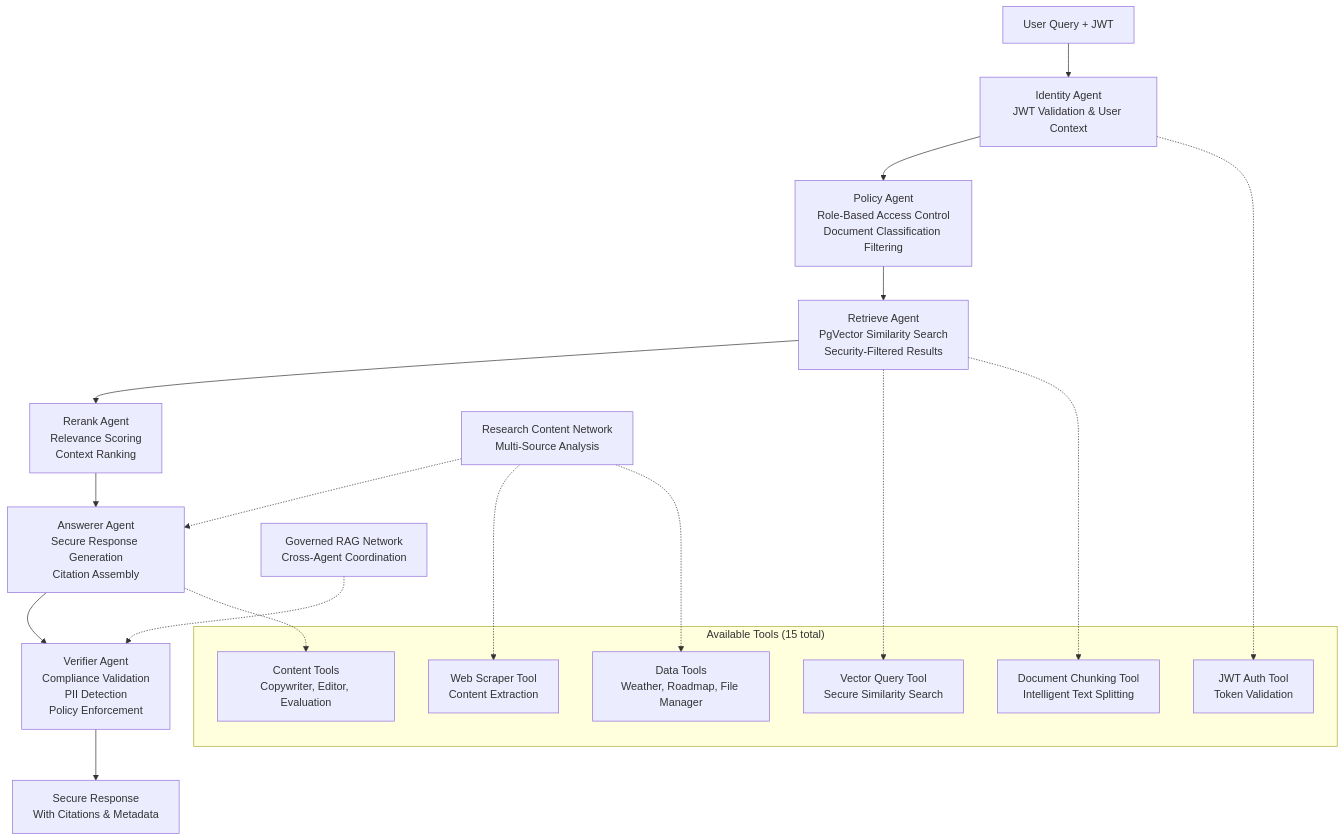
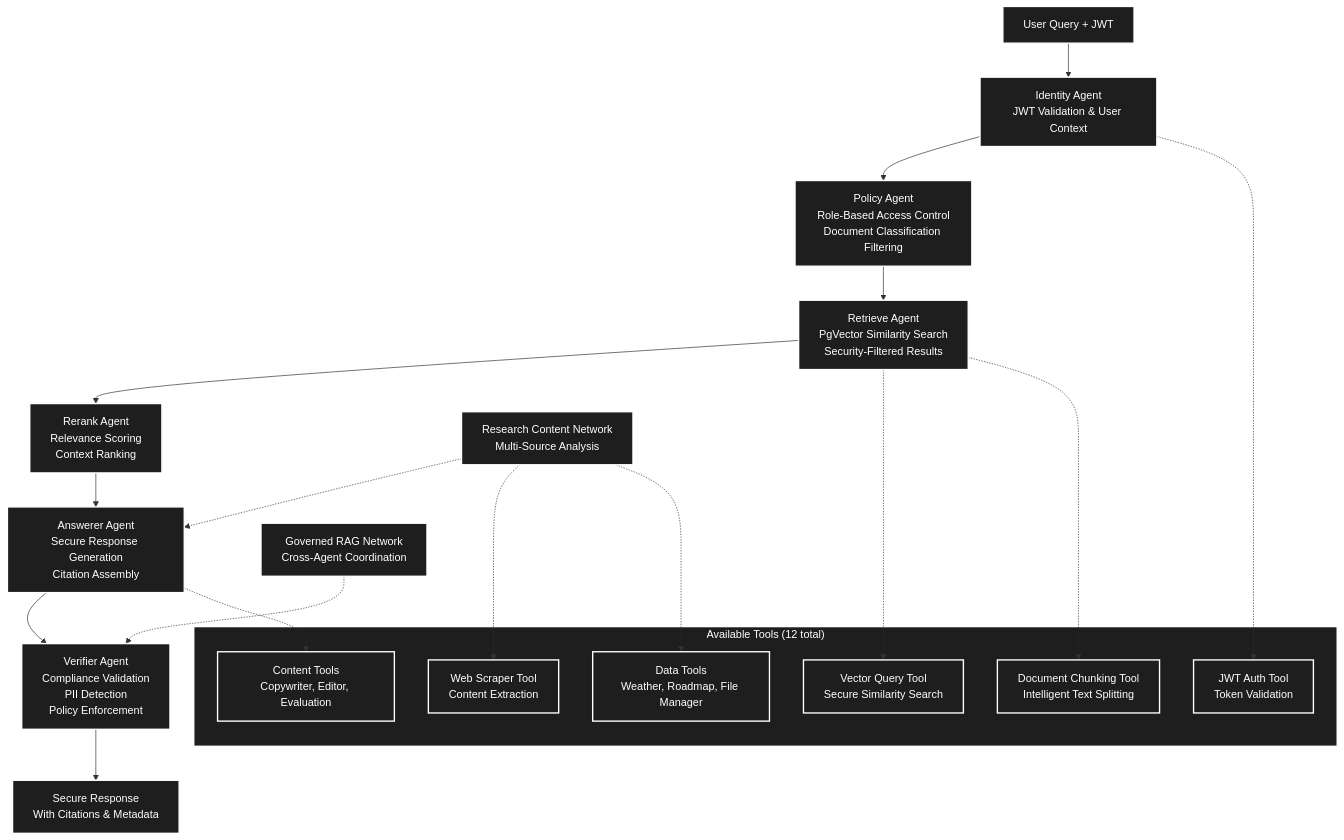
The third of 3 diagrams in README.md (ssdeanx/secure-rag-multi-agent), drawn with Mermaid before and after one commit. The commit also changed other lines of this file and 9 other files, not shown here.

````diff
--- a/README.md
+++ b/README.md
@@ -64,56 +185,49 @@
 ```mermaid
 flowchart TD
     %% Input Layer
     A[User Query + JWT] --> B[Identity Agent<br/>JWT Validation & User Context]
 
     %% Security Layer
     B --> C[Policy Agent<br/>Role-Based Access Control<br/>Document Classification Filtering]
 
     %% Retrieval Layer
     C --> D[Retrieve Agent<br/>PgVector Similarity Search<br/>Security-Filtered Results]
 
     %% Processing Layer
     D --> E[Rerank Agent<br/>Relevance Scoring<br/>Context Ranking]
 
     %% Generation Layer
     E --> F[Answerer Agent<br/>Secure Response Generation<br/>Citation Assembly]
 
     %% Verification Layer
     F --> G[Verifier Agent<br/>Compliance Validation<br/>PII Detection<br/>Policy Enforcement]
 
     %% Output Layer
     G --> H[Secure Response<br/>With Citations & Metadata]
 
     %% Multi-Agent Enhancement
     I[Research Content Network<br/>Multi-Source Analysis] -.-> F
     J[Governed RAG Network<br/>Cross-Agent Coordination] -.-> G
 
     %% Supporting Components
-    subgraph K["Available Tools (15 total)"]
+    subgraph K["Available Tools (12 total)"]
         L[Vector Query Tool<br/>Secure Similarity Search]
         M[Document Chunking Tool<br/>Intelligent Text Splitting]
         N[Web Scraper Tool<br/>Content Extraction]
         O[JWT Auth Tool<br/>Token Validation]
         P[Content Tools<br/>Copywriter, Editor, Evaluation]
         Q[Data Tools<br/>Weather, Roadmap, File Manager]
     end
 
     %% Tool Usage
     D -.-> L
     D -.-> M
     F -.-> P
     I -.-> N
     I -.-> Q
     B -.-> O
 
-    %% Styling
-    classDef inputLayer fill:#e3f2fd,stroke:#1976d2,stroke-width:2px
-    classDef securityLayer fill:#fff3e0,stroke:#f57c00,stroke-width:2px
-    classDef retrievalLayer fill:#e8f5e8,stroke:#388e3c,stroke-width:2px
-    classDef processingLayer fill:#fce4ec,stroke:#c2185b,stroke-width:2px
-    classDef generationLayer fill:#f3e5f5,stroke:#7b1fa2,stroke-width:2px
-    classDef verificationLayer fill:#fff8e1,stroke:#fbc02d,stroke-width:2px
-    classDef outputLayer fill:#e0f2f1,stroke:#00796b,stroke-width:2px
-
-    class A,B,C,D,E,F,G,H inputLayer,securityLayer,retrievalLayer,processingLayer,generationLayer,verificationLayer,outputLayer
+    %% Styling for Dark Mode
+    classDef darkMode fill:#1e1e1e,stroke:#ffffff,stroke-width:2px,color:#ffffff
+    class A,B,C,D,E,F,G,H,I,J,K,L,M,N,O,P,Q darkMode
 ```
````
